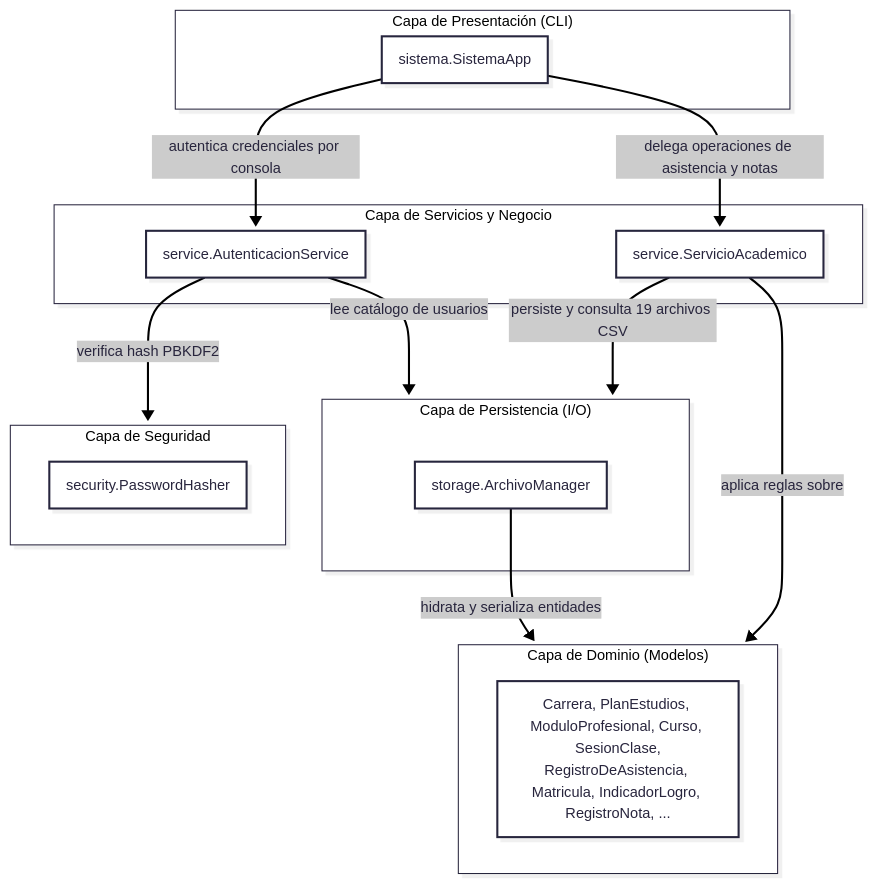
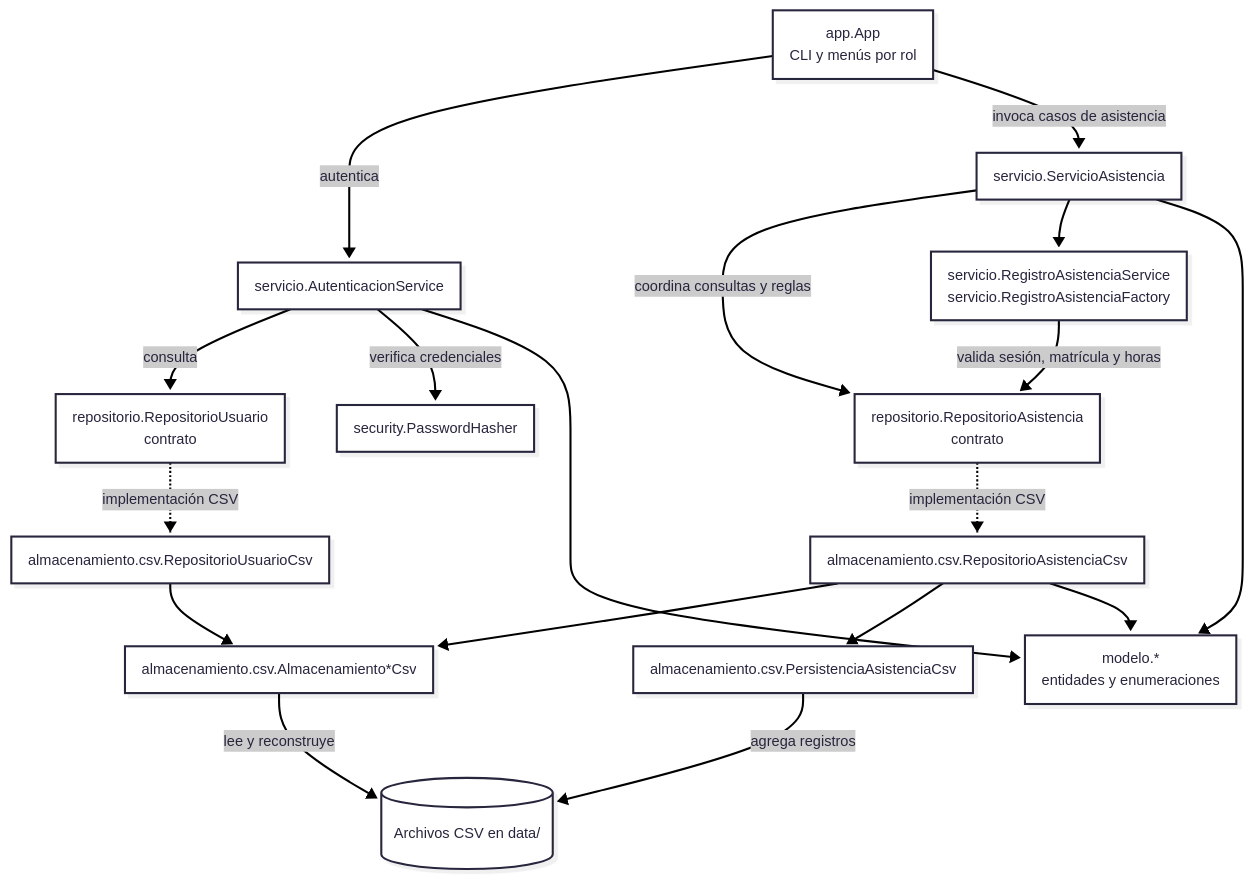
The diagram in docs/diagrams/arquitectura_proyecto_flowchart.mmd (Aireck2/take-attendance-java), drawn with Mermaid before and after one commit. The commit also changed 4 other files, not shown here.

Commit message:
feat:(docs/diagrams): update flowchart/class diagrams

```diff
--- a/docs/diagrams/arquitectura_proyecto_flowchart.mmd
+++ b/docs/diagrams/arquitectura_proyecto_flowchart.mmd
@@ -1,34 +1,38 @@
 ---
 config:
   layout: dagre
   theme: redux-color
   look: neo
-  fontFamily: '''Open Sans Variable'', sans-serif'
-  themeVariables:
-    fontFamily: '''Open Sans Variable'', sans-serif'
 ---
 flowchart TB
- subgraph Pres["Capa de Presentación (CLI)"]
-        App["sistema.SistemaApp"]
-  end
- subgraph Negocio["Capa de Servicios y Negocio"]
-        ServAca["service.ServicioAcademico"]
-        ServAuth["service.AutenticacionService"]
-  end
- subgraph IO["Capa de Persistencia (I/O)"]
-        Manager["storage.ArchivoManager"]
-  end
- subgraph Sec["Capa de Seguridad"]
-        Hasher["security.PasswordHasher"]
-  end
- subgraph Dominio["Capa de Dominio (Modelos)"]
-        Models["Carrera, PlanEstudios, ModuloProfesional, Curso, SesionClase,<br>RegistroDeAsistencia, Matricula, IndicadorLogro, RegistroNota, ..."]
-  end
-    App -- delega operaciones de asistencia y notas --> ServAca
-    App -- autentica credenciales por consola --> ServAuth
-    ServAuth -- verifica hash PBKDF2 --> Sec
-    ServAuth -- lee catálogo de usuarios --> IO
-    ServAca -- persiste y consulta 19 archivos CSV --> IO
-   
-    Manager -- hidrata y serializa entidades --> Dominio
-     ServAca -- aplica reglas sobre --> Dominio
+    App["app.App<br>CLI y menús por rol"]
+    Auth["servicio.AutenticacionService"]
+    Asistencia["servicio.ServicioAsistencia"]
+    Registro["servicio.RegistroAsistenciaService<br>servicio.RegistroAsistenciaFactory"]
+    RepoUsuario["repositorio.RepositorioUsuario<br>contrato"]
+    RepoAsistencia["repositorio.RepositorioAsistencia<br>contrato"]
+    CsvUsuario["almacenamiento.csv.RepositorioUsuarioCsv"]
+    CsvAsistencia["almacenamiento.csv.RepositorioAsistenciaCsv"]
+    Lectura["almacenamiento.csv.Almacenamiento*Csv"]
+    Escritura["almacenamiento.csv.PersistenciaAsistenciaCsv"]
+    Datos[("Archivos CSV en data/")]
+    Hash["security.PasswordHasher"]
+    Dominio["modelo.*<br>entidades y enumeraciones"]
+
+    App -->|autentica| Auth
+    App -->|invoca casos de asistencia| Asistencia
+    Auth -->|consulta| RepoUsuario
+    Auth -->|verifica credenciales| Hash
+    Asistencia -->|coordina consultas y reglas| RepoAsistencia
+    Asistencia --> Registro
+    Registro -->|valida sesión, matrícula y horas| RepoAsistencia
+    RepoUsuario -. implementación CSV .-> CsvUsuario
+    RepoAsistencia -. implementación CSV .-> CsvAsistencia
+    CsvUsuario --> Lectura
+    CsvAsistencia --> Lectura
+    CsvAsistencia --> Escritura
+    Lectura -->|lee y reconstruye| Datos
+    Escritura -->|agrega registros| Datos
+    Auth --> Dominio
+    Asistencia --> Dominio
+    CsvAsistencia --> Dominio
```
